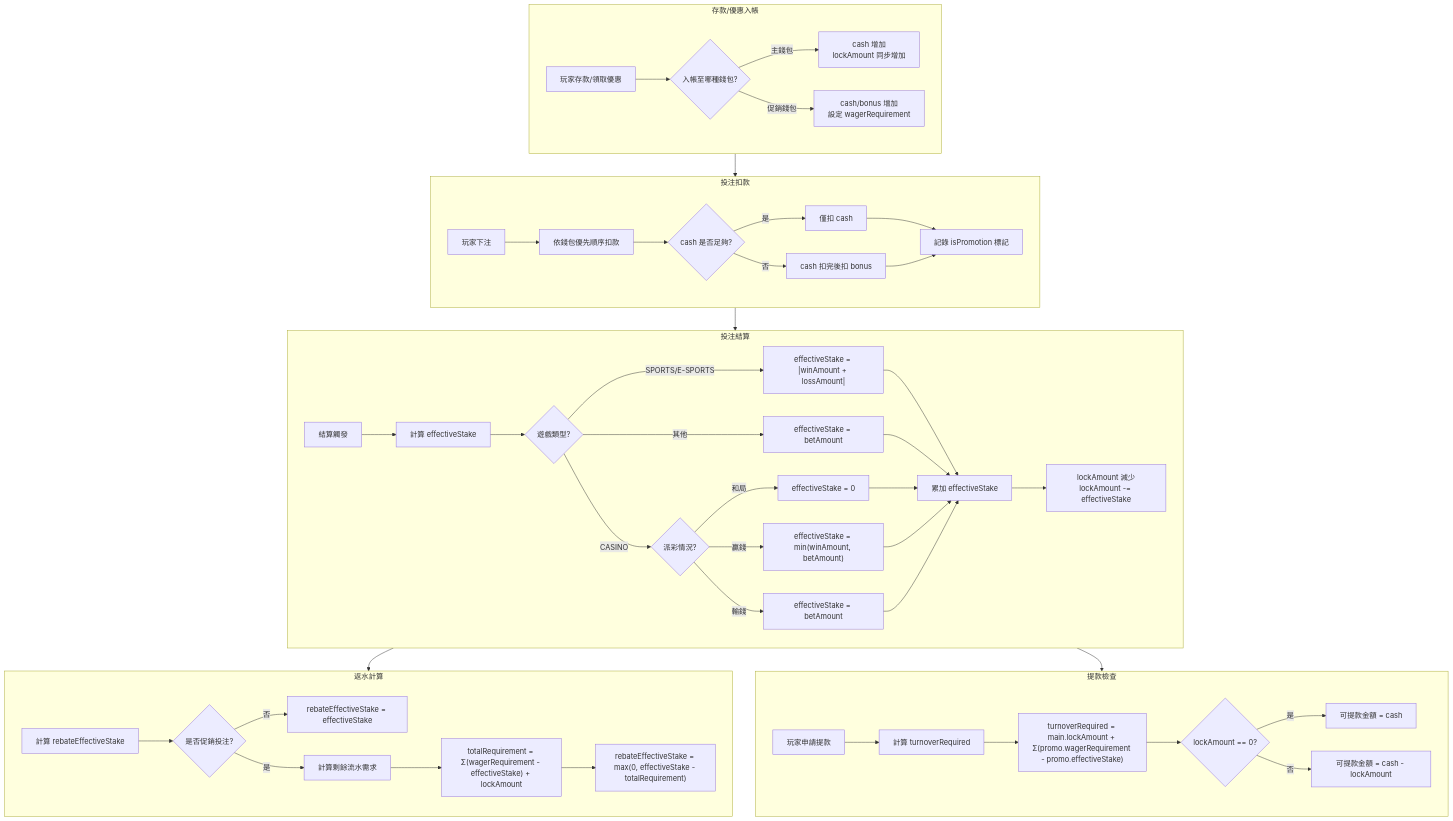
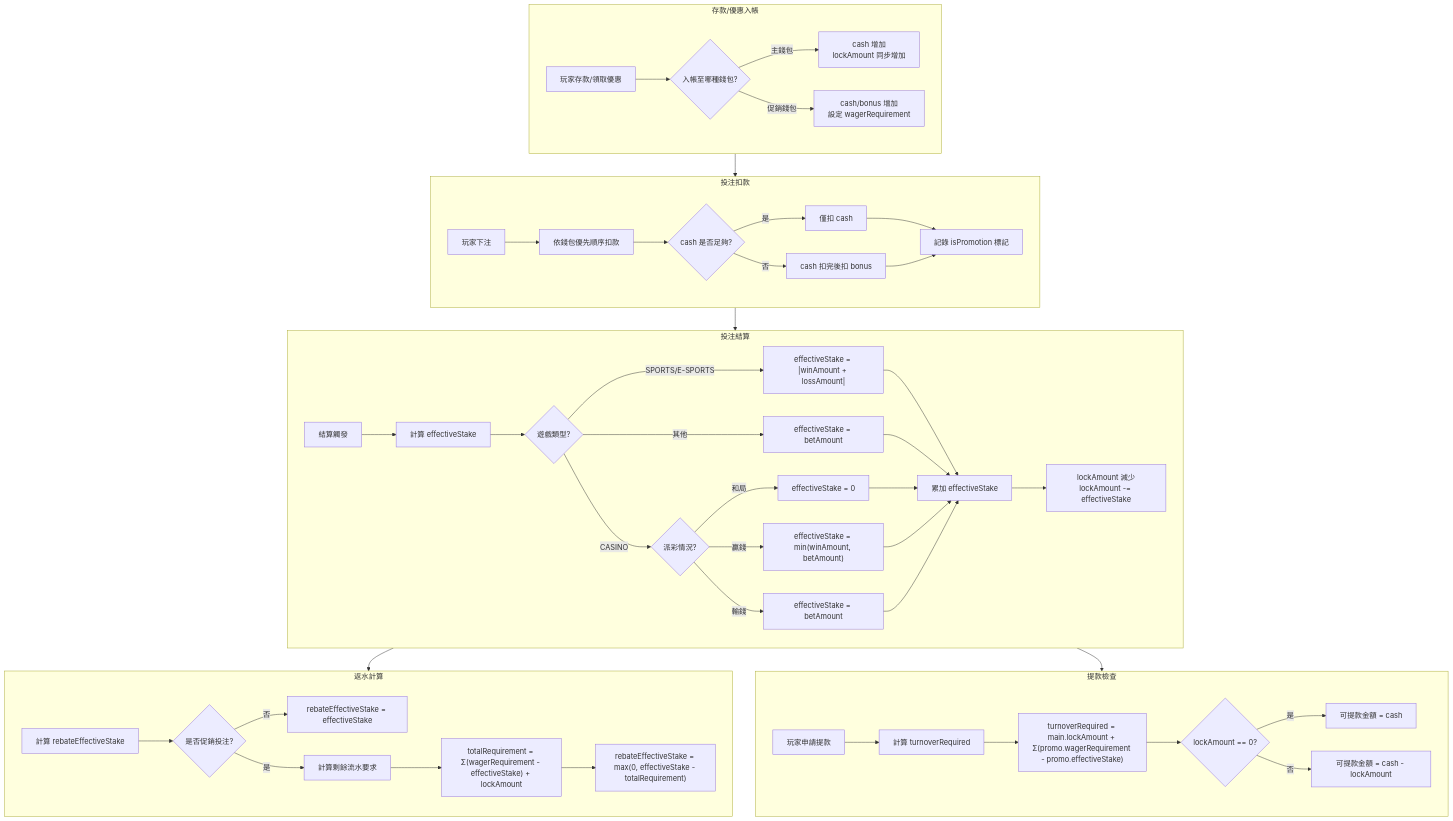
Before and after one commit to ron03wlb/smart-admin: the first of 6 diagrams in docs/IGaming/02_Finance_Center/02-04-diagrams/02-04-02_Calculation_Logic.md, drawn with Mermaid. The commit also changed other lines of this file and 14 other files, not shown here.

First line of the commit message:
fix(docs): 修正 IGaming 文檔中所有 Mermaid stateDiagram 'end note' 語法錯誤

````diff
--- a/docs/IGaming/02_Finance_Center/02-04-diagrams/02-04-02_Calculation_Logic.md
+++ b/docs/IGaming/02_Finance_Center/02-04-diagrams/02-04-02_Calculation_Logic.md
@@ -19,53 +19,53 @@
 ```mermaid
 flowchart TD
     subgraph DEPOSIT["存款/優惠入帳"]
         A1[玩家存款/領取優惠] --> A2{入帳至哪種錢包?}
         A2 -->|主錢包| A3[cash 增加<br/>lockAmount 同步增加]
         A2 -->|促銷錢包| A4[cash/bonus 增加<br/>設定 wagerRequirement]
     end
 
     subgraph BET["投注扣款"]
         B1[玩家下注] --> B2[依錢包優先順序扣款]
         B2 --> B3{cash 是否足夠?}
         B3 -->|是| B4[僅扣 cash]
         B3 -->|否| B5[cash 扣完後扣 bonus]
         B4 --> B6[記錄 isPromotion 標記]
         B5 --> B6
     end
 
     subgraph SETTLE["投注結算"]
         C1[結算觸發] --> C2[計算 effectiveStake]
         C2 --> C3{遊戲類型?}
         C3 -->|SPORTS/E-SPORTS| C4["effectiveStake = |winAmount + lossAmount|"]
         C3 -->|CASINO| C5{派彩情況?}
         C3 -->|其他| C6["effectiveStake = betAmount"]
         C5 -->|和局| C7["effectiveStake = 0"]
         C5 -->|贏錢| C8["effectiveStake = min(winAmount, betAmount)"]
         C5 -->|輸錢| C9["effectiveStake = betAmount"]
         C4 --> C10[累加 effectiveStake]
         C6 --> C10
         C7 --> C10
         C8 --> C10
         C9 --> C10
         C10 --> C11[lockAmount 減少<br/>lockAmount -= effectiveStake]
     end
 
     subgraph REBATE["返水計算"]
         D1[計算 rebateEffectiveStake] --> D2{是否促銷投注?}
         D2 -->|否| D3["rebateEffectiveStake = effectiveStake"]
-        D2 -->|是| D4[計算剩餘流水需求]
+        D2 -->|是| D4[計算剩餘流水要求]
         D4 --> D5["totalRequirement = Σ(wagerRequirement - effectiveStake) + lockAmount"]
         D5 --> D6["rebateEffectiveStake = max(0, effectiveStake - totalRequirement)"]
     end
 
     subgraph WITHDRAW["提款檢查"]
         E1[玩家申請提款] --> E2[計算 turnoverRequired]
         E2 --> E3["turnoverRequired = main.lockAmount + Σ(promo.wagerRequirement - promo.effectiveStake)"]
         E3 --> E4{lockAmount == 0?}
         E4 -->|是| E5[可提款金額 = cash]
         E4 -->|否| E6[可提款金額 = cash - lockAmount]
     end
 
     DEPOSIT --> BET --> SETTLE --> REBATE
     SETTLE --> WITHDRAW
 ```
````
